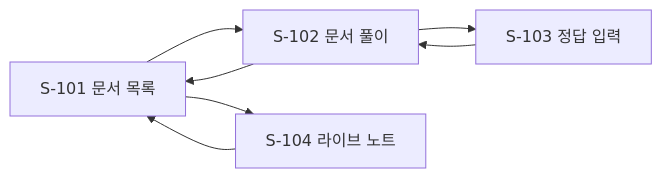
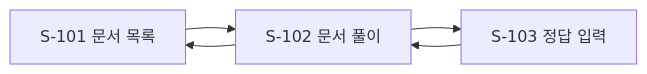
Before and after one commit to changhak0310/swm-note: the diagram in docs/screens/INDEX.md, drawn with Mermaid. The commit also changed other lines of this file and 30 other files, not shown here.

````diff
--- a/docs/screens/INDEX.md
+++ b/docs/screens/INDEX.md
@@ -17,9 +16,7 @@
 ```mermaid
 flowchart LR
   S101[S-101 문서 목록] --> S102[S-102 문서 풀이]
   S102 --> S103[S-103 정답 입력]
   S103 --> S102
   S102 --> S101
-  S101 --> S104[S-104 라이브 노트]
-  S104 --> S101
 ```
````
